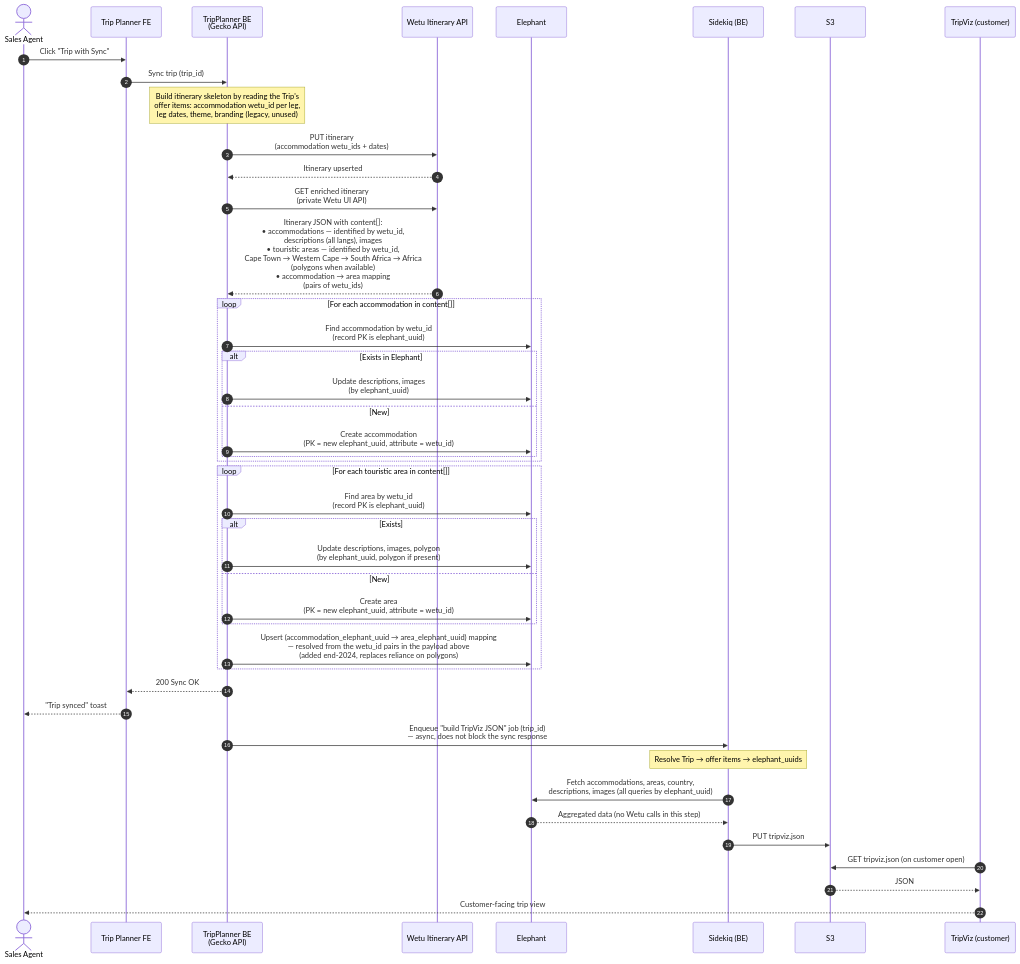
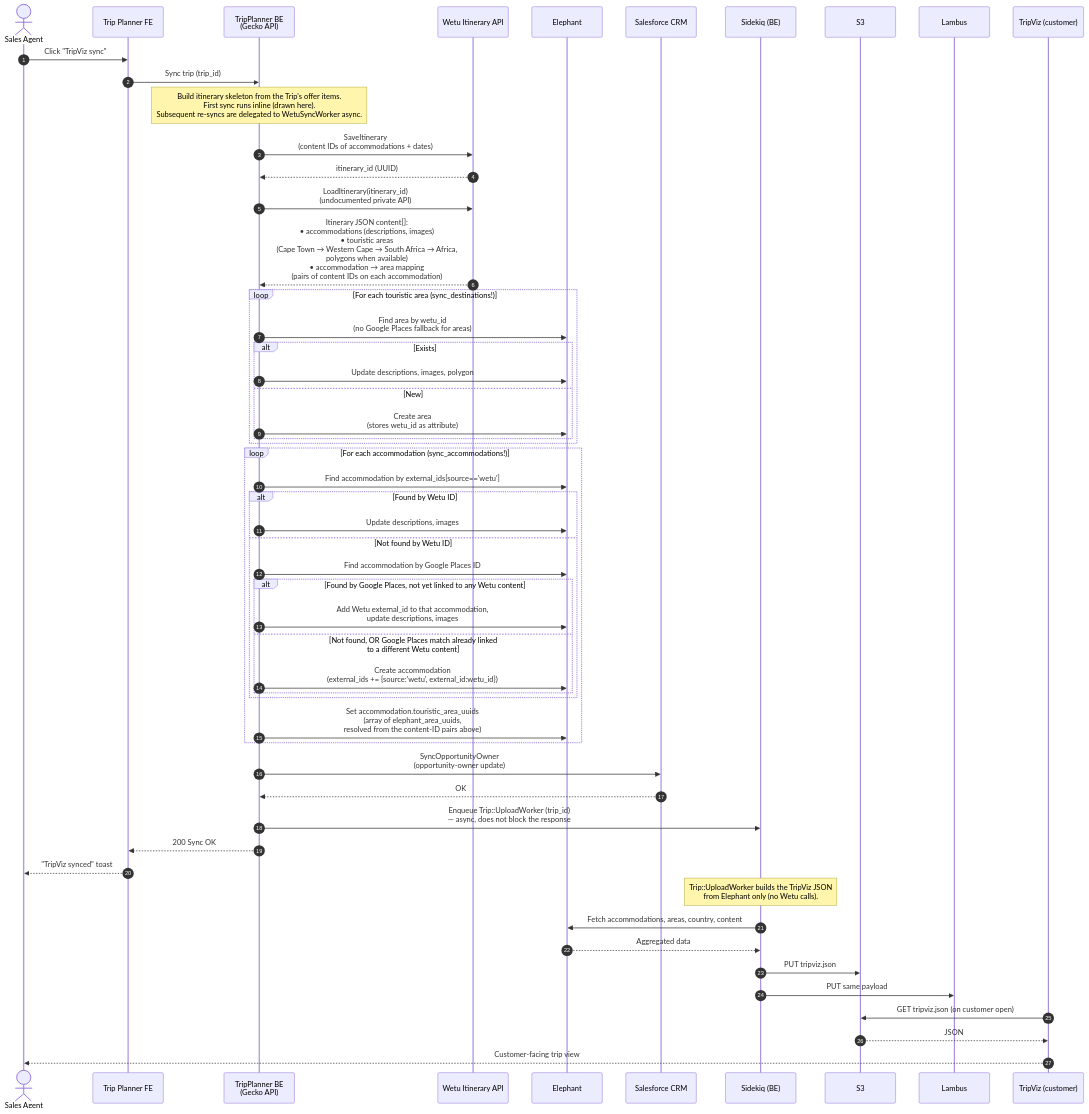
Before and after one commit to kliuchnikau-tourlane/ClaudeCowork: the third of 5 diagrams in OUTPUTS/2026-04-24_TripPlannerWetu-sequence-diagrams/TripPlannerWetu_Confluence.md, drawn with Mermaid. The commit also changed other lines of this file and 5 other files, not shown here.

````diff
--- a/OUTPUTS/2026-04-24_TripPlannerWetu-sequence-diagrams/TripPlannerWetu_Confluence.md
+++ b/OUTPUTS/2026-04-24_TripPlannerWetu-sequence-diagrams/TripPlannerWetu_Confluence.md
@@ -115,54 +109,64 @@
 ```mermaid
 sequenceDiagram
     autonumber
     actor Agent as Sales Agent
     participant TP as Trip Planner FE
     participant BE as TripPlanner BE<br/>(Gecko API)
     participant Wetu as Wetu Itinerary API
     participant Eleph as Elephant
+    participant SF as Salesforce CRM
     participant SK as Sidekiq (BE)
     participant S3 as S3
+    participant Lambus as Lambus
     participant TripViz as TripViz (customer)
 
-    Agent->>TP: Click "Trip with Sync"
+    Agent->>TP: Click "TripViz sync"
     TP->>BE: Sync trip (trip_id)
-    Note over BE: Build itinerary skeleton by reading the Trip's<br/>offer items: accommodation wetu_id per leg,<br/>leg dates, theme, branding (legacy, unused)
+    Note over BE: Build itinerary skeleton from the Trip's offer items.<br/>First sync runs inline (drawn here).<br/>Subsequent re-syncs are delegated to WetuSyncWorker async.
 
-    BE->>Wetu: PUT itinerary<br/>(accommodation wetu_ids + dates)
-    Wetu-->>BE: Itinerary upserted
-    BE->>Wetu: GET enriched itinerary<br/>(private Wetu UI API)
-    Wetu-->>BE: Itinerary JSON with content[]:<br/>• accommodations — identified by wetu_id,<br/>  descriptions (all langs), images<br/>• touristic areas — identified by wetu_id,<br/>  Cape Town → Western Cape → South Africa → Africa<br/>  (polygons when available)<br/>• accommodation → area mapping<br/>  (pairs of wetu_ids)
+    BE->>Wetu: SaveItinerary<br/>(content IDs of accommodations + dates)
+    Wetu-->>BE: itinerary_id (UUID)
+    BE->>Wetu: LoadItinerary(itinerary_id)<br/>(undocumented private API)
+    Wetu-->>BE: Itinerary JSON content[]:<br/>• accommodations (descriptions, images)<br/>• touristic areas<br/>  (Cape Town → Western Cape → South Africa → Africa,<br/>  polygons when available)<br/>• accommodation → area mapping<br/>  (pairs of content IDs on each accommodation)
 
-    loop For each accommodation in content[]
-        BE->>Eleph: Find accommodation by wetu_id<br/>(record PK is elephant_uuid)
-        alt Exists in Elephant
-            BE->>Eleph: Update descriptions, images<br/>(by elephant_uuid)
+    loop For each touristic area (sync_destinations!)
+        BE->>Eleph: Find area by wetu_id<br/>(no Google Places fallback for areas)
+        alt Exists
+            BE->>Eleph: Update descriptions, images, polygon
         else New
-            BE->>Eleph: Create accommodation<br/>(PK = new elephant_uuid, attribute = wetu_id)
+            BE->>Eleph: Create area<br/>(stores wetu_id as attribute)
         end
     end
 
-    loop For each touristic area in content[]
-        BE->>Eleph: Find area by wetu_id<br/>(record PK is elephant_uuid)
-        alt Exists
-            BE->>Eleph: Update descriptions, images, polygon<br/>(by elephant_uuid, polygon if present)
-        else New
-            BE->>Eleph: Create area<br/>(PK = new elephant_uuid, attribute = wetu_id)
+    loop For each accommodation (sync_accommodations!)
+        BE->>Eleph: Find accommodation by external_ids[source=='wetu']
+        alt Found by Wetu ID
+            BE->>Eleph: Update descriptions, images
+        else Not found by Wetu ID
+            BE->>Eleph: Find accommodation by Google Places ID
+            alt Found by Google Places, not yet linked to any Wetu content
+                BE->>Eleph: Add Wetu external_id to that accommodation,<br/>update descriptions, images
+            else Not found, OR Google Places match already linked<br/>to a different Wetu content
+                BE->>Eleph: Create accommodation<br/>(external_ids += {source:'wetu', external_id:wetu_id})
+            end
         end
-        BE->>Eleph: Upsert (accommodation_elephant_uuid → area_elephant_uuid) mapping<br/>— resolved from the wetu_id pairs in the payload above<br/>(added end-2024, replaces reliance on polygons)
+        BE->>Eleph: Set accommodation.touristic_area_uuids<br/>(array of elephant_area_uuids,<br/>resolved from the content-ID pairs above)
     end
 
+    BE->>SF: SyncOpportunityOwner<br/>(opportunity-owner update)
+    SF-->>BE: OK
+
+    BE->>SK: Enqueue Trip::UploadWorker (trip_id)<br/>— async, does not block the response
     BE-->>TP: 200 Sync OK
-    TP-->>Agent: "Trip synced" toast
+    TP-->>Agent: "TripViz synced" toast
 
-    BE->>SK: Enqueue "build TripViz JSON" job (trip_id)<br/>— async, does not block the sync response
-
-    Note over SK: Resolve Trip → offer items → elephant_uuids
-    SK->>Eleph: Fetch accommodations, areas, country,<br/>descriptions, images (all queries by elephant_uuid)
-    Eleph-->>SK: Aggregated data (no Wetu calls in this step)
+    Note over SK: Trip::UploadWorker builds the TripViz JSON<br/>from Elephant only (no Wetu calls).
+    SK->>Eleph: Fetch accommodations, areas, country, content
+    Eleph-->>SK: Aggregated data
     SK->>S3: PUT tripviz.json
+    SK->>Lambus: PUT same payload
 
     TripViz->>S3: GET tripviz.json (on customer open)
     S3-->>TripViz: JSON
     TripViz-->>Agent: Customer-facing trip view
 ```
````
